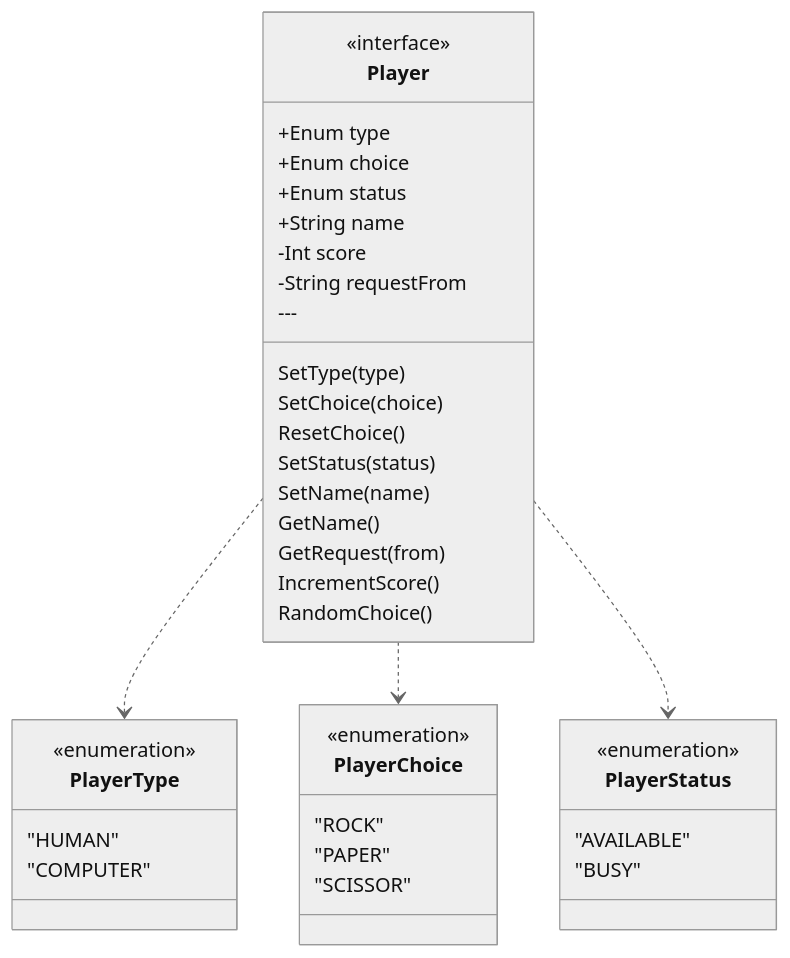
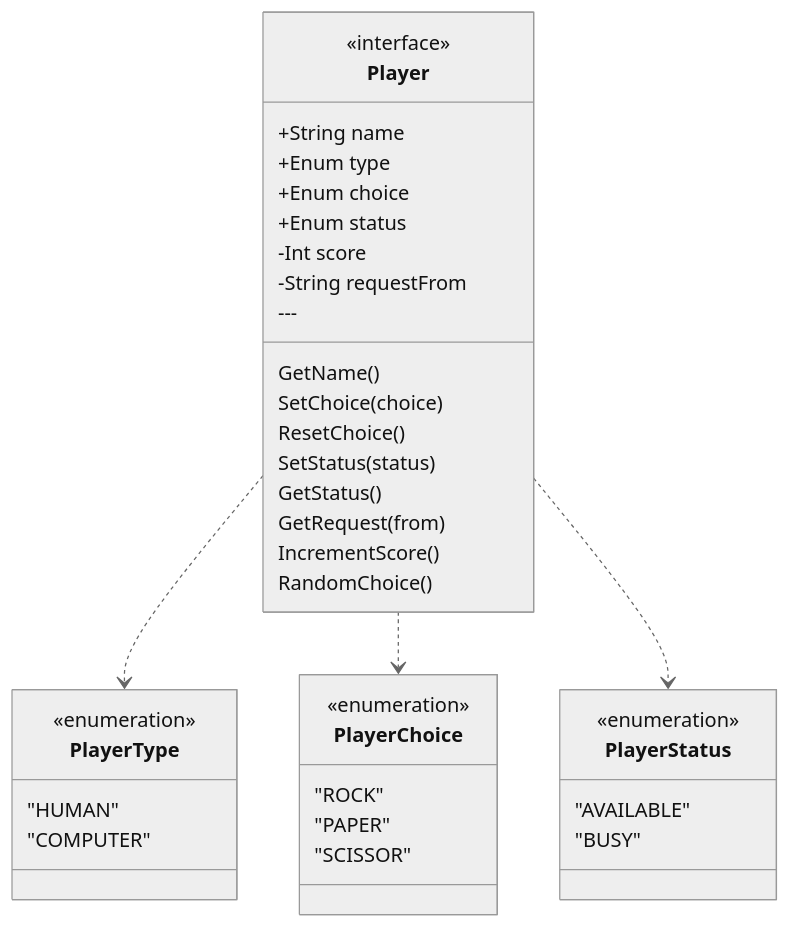
The second of 6 diagrams in README.md (Icarusoncloud9/Rock-Paper-Scissors), drawn with Mermaid (neutral theme) before and after one commit. The commit also changed other lines of this file and 6 other files, not shown here.

````diff
--- a/README.md
+++ b/README.md
@@ -55,43 +55,42 @@
 ```mermaid
 classDiagram
 class PlayerType {
     <<enumeration>>
     "HUMAN"
     "COMPUTER"
 }
 class PlayerChoice {
     <<enumeration>>
     "ROCK"
     "PAPER"
     "SCISSOR"
 }
 class PlayerStatus {
     <<enumeration>>
     "AVAILABLE"
     "BUSY"
 }
 class Player {
     <<interface>>
 
+    +String name
     +Enum type
     +Enum choice
     +Enum status
-    +String name
     -Int score
     -String requestFrom
 
-    SetType(type)
+    GetName()
     SetChoice(choice)
     ResetChoice()
     SetStatus(status)
-    SetName(name)
-    GetName()
+    GetStatus()
     GetRequest(from)
     IncrementScore()
     ---
     RandomChoice()
 }
 Player ..> PlayerType
 Player ..> PlayerChoice
 Player ..> PlayerStatus
 ```
````
